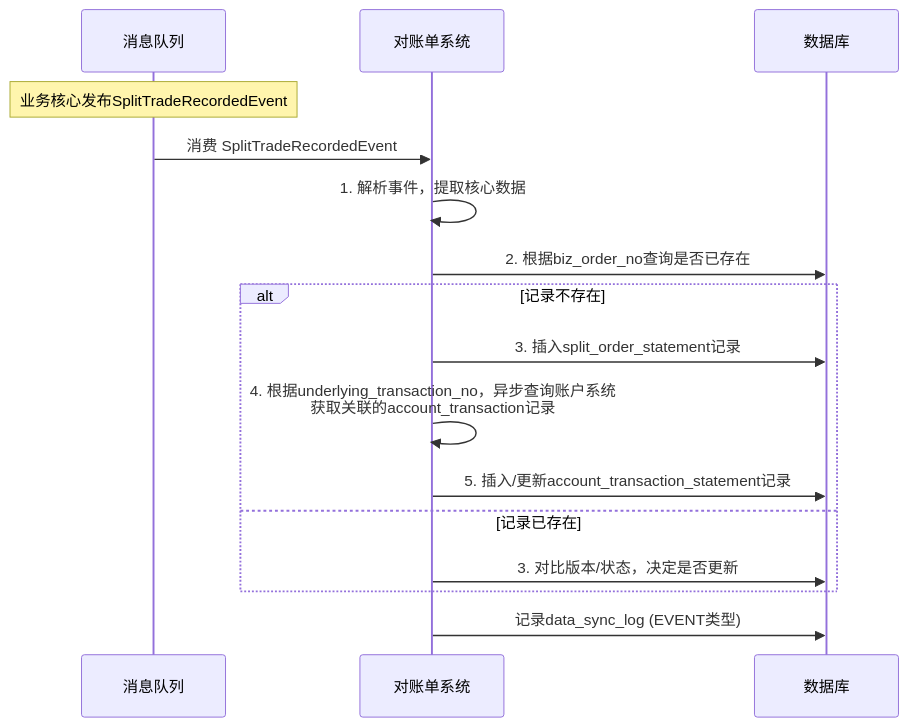
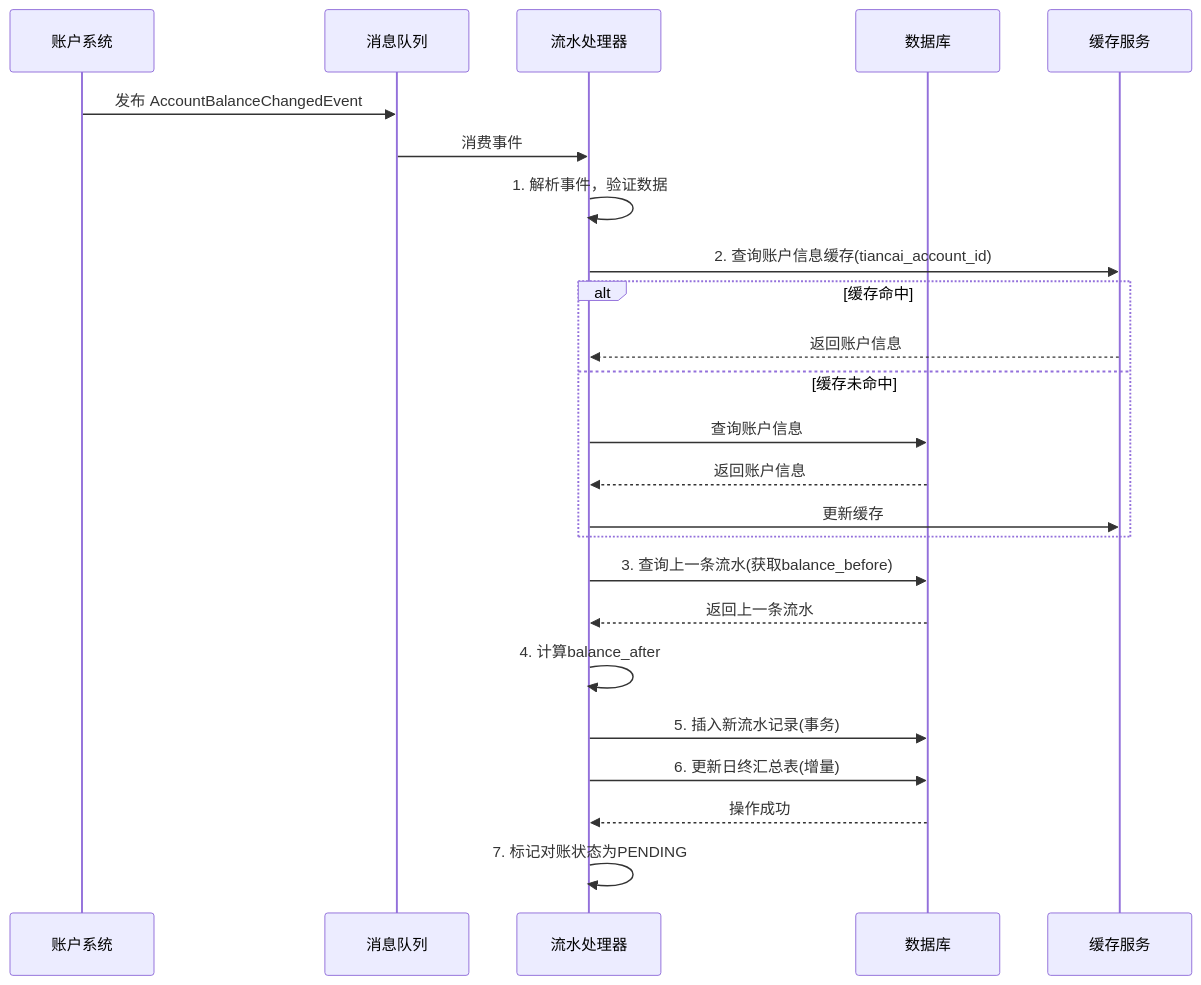
One commit to youzi211/AiCoding changed the first of 3 diagrams in data/天财分账需求/gpt-5.2/workspace/02_modules/module_对账单系统.md. Above: the diagram before and after it, drawn with Mermaid. The commit also changed other lines of this file and 93 other files, not shown here.

````diff
--- a/data/天财分账需求/gpt-5.2/workspace/02_modules/module_对账单系统.md
+++ b/data/天财分账需求/gpt-5.2/workspace/02_modules/module_对账单系统.md
@@ -323,19 +747,27 @@
 ```mermaid
 sequenceDiagram
+    participant 账户系统 as 账户系统
     participant MQ as 消息队列
-    participant BS as 对账单系统
-    participant DB as 数据库
+    participant 处理器 as 流水处理器
+    participant 数据库 as 数据库
+    participant 缓存 as 缓存服务
 
-    Note over MQ: 业务核心发布SplitTradeRecordedEvent
-    MQ->>BS: 消费 SplitTradeRecordedEvent
-    BS->>BS: 1. 解析事件，提取核心数据
-    BS->>DB: 2. 根据biz_order_no查询是否已存在
-    alt 记录不存在
-        BS->>DB: 3. 插入split_order_statement记录
-        BS->>BS: 4. 根据underlying_transaction_no，异步查询账户系统<br>获取关联的account_transaction记录
-        BS->>DB: 5. 插入/更新account_transaction_statement记录
-    else 记录已存在
-        BS->>DB: 3. 对比版本/状态，决定是否更新
+    账户系统->>MQ: 发布 AccountBalanceChangedEvent
+    MQ->>处理器: 消费事件
+    处理器->>处理器: 1. 解析事件，验证数据
+    处理器->>缓存: 2. 查询账户信息缓存(tiancai_account_id)
+    alt 缓存命中
+        缓存-->>处理器: 返回账户信息
+    else 缓存未命中
+        处理器->>数据库: 查询账户信息
+        数据库-->>处理器: 返回账户信息
+        处理器->>缓存: 更新缓存
     end
-    BS->>DB: 记录data_sync_log (EVENT类型)
+    处理器->>数据库: 3. 查询上一条流水(获取balance_before)
+    数据库-->>处理器: 返回上一条流水
+    处理器->>处理器: 4. 计算balance_after
+    处理器->>数据库: 5. 插入新流水记录(事务)
+    处理器->>数据库: 6. 更新日终汇总表(增量)
+    数据库-->>处理器: 操作成功
+    处理器->>处理器: 7. 标记对账状态为PENDING
 ```
````
